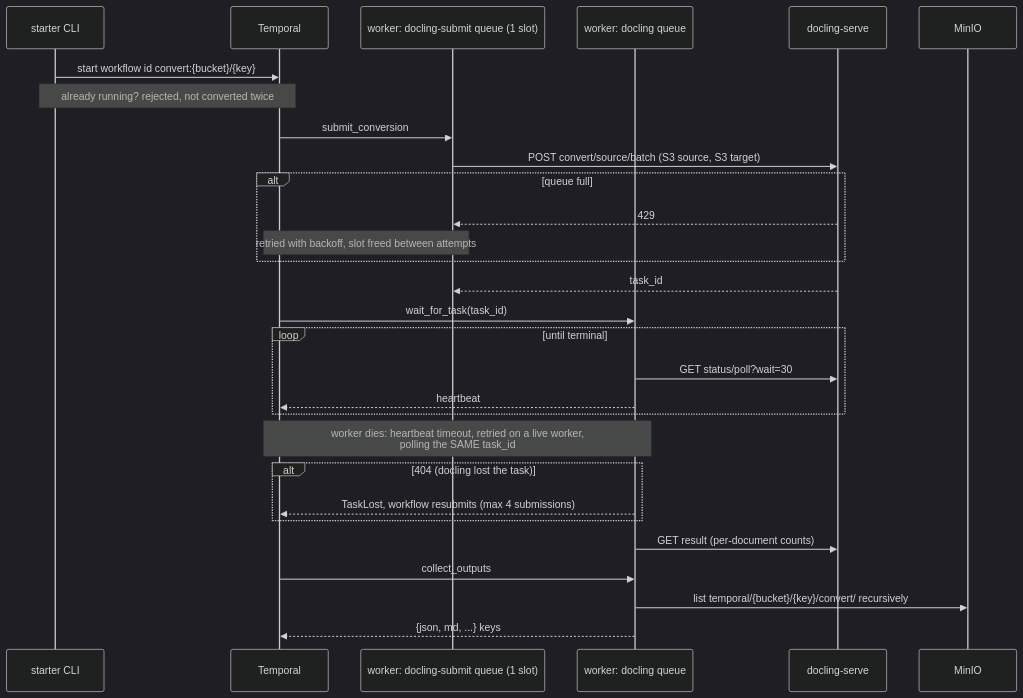
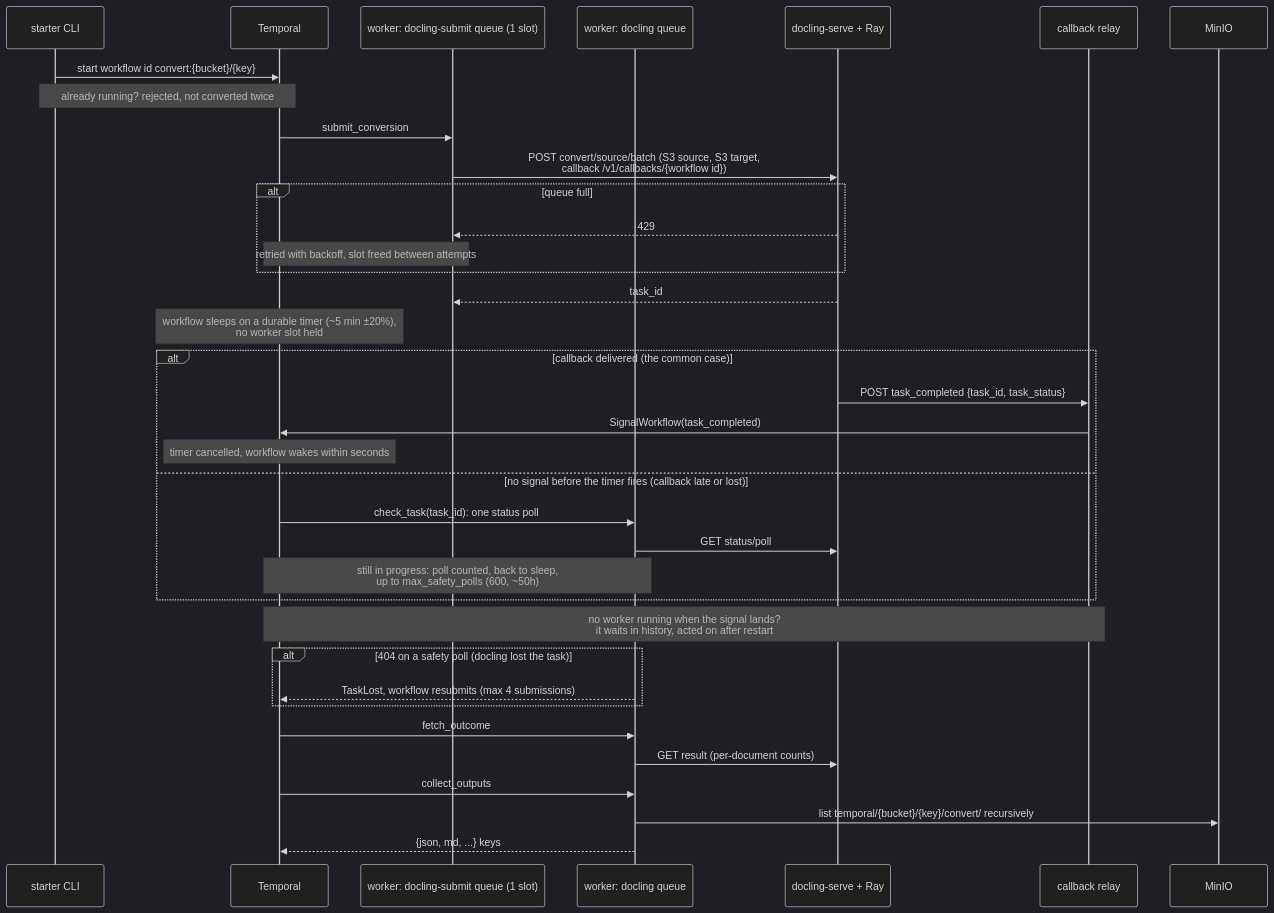
One commit to k-sparrow/docling-serve-ray changed the third of 3 diagrams in docs/ARCHITECTURE.md. Above: the diagram before and after it, drawn with Mermaid (dark theme). The commit also changed other lines of this file and 37 other files, not shown here.

````diff
--- a/docs/ARCHITECTURE.md
+++ b/docs/ARCHITECTURE.md
@@ -226,32 +237,39 @@
 ```mermaid
 sequenceDiagram
     participant CLI as starter CLI
     participant T as Temporal
     participant WS as worker: docling-submit queue (1 slot)
     participant WM as worker: docling queue
-    participant D as docling-serve
+    participant D as docling-serve + Ray
+    participant R as callback relay
     participant S3 as MinIO
 
     CLI->>T: start workflow id convert:{bucket}/{key}
     Note over CLI,T: already running? rejected, not converted twice
     T->>WS: submit_conversion
-    WS->>D: POST convert/source/batch (S3 source, S3 target)
+    WS->>D: POST convert/source/batch (S3 source, S3 target,<br/>callback /v1/callbacks/{workflow id})
     alt queue full
         D-->>WS: 429
         Note over T,WS: retried with backoff, slot freed between attempts
     end
     D-->>WS: task_id
-    T->>WM: wait_for_task(task_id)
-    loop until terminal
-        WM->>D: GET status/poll?wait=30
-        WM-->>T: heartbeat
+    Note over T: workflow sleeps on a durable timer (~5 min ±20%),<br/>no worker slot held
+    alt callback delivered (the common case)
+        D->>R: POST task_completed {task_id, task_status}
+        R->>T: SignalWorkflow(task_completed)
+        Note over T: timer cancelled, workflow wakes within seconds
+    else no signal before the timer fires (callback late or lost)
+        T->>WM: check_task(task_id): one status poll
+        WM->>D: GET status/poll
+        Note over T,WM: still in progress: poll counted, back to sleep,<br/>up to max_safety_polls (600, ~50h)
     end
-    Note over T,WM: worker dies: heartbeat timeout, retried on a live worker,<br/>polling the SAME task_id
-    alt 404 (docling lost the task)
+    Note over T,R: no worker running when the signal lands?<br/>it waits in history, acted on after restart
+    alt 404 on a safety poll (docling lost the task)
         WM-->>T: TaskLost, workflow resubmits (max 4 submissions)
     end
+    T->>WM: fetch_outcome
     WM->>D: GET result (per-document counts)
     T->>WM: collect_outputs
     WM->>S3: list temporal/{bucket}/{key}/convert/ recursively
     WM-->>T: {json, md, ...} keys
 ```
````
